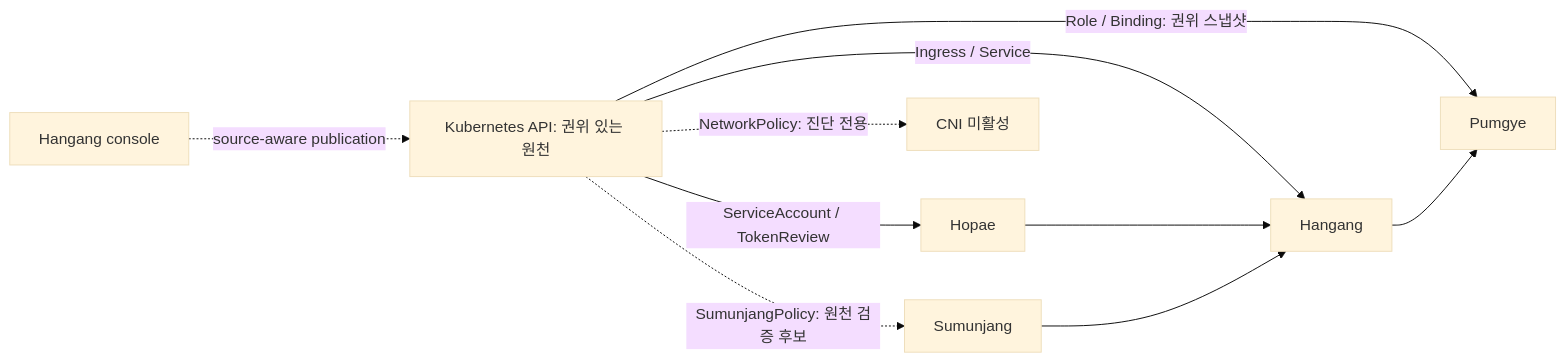
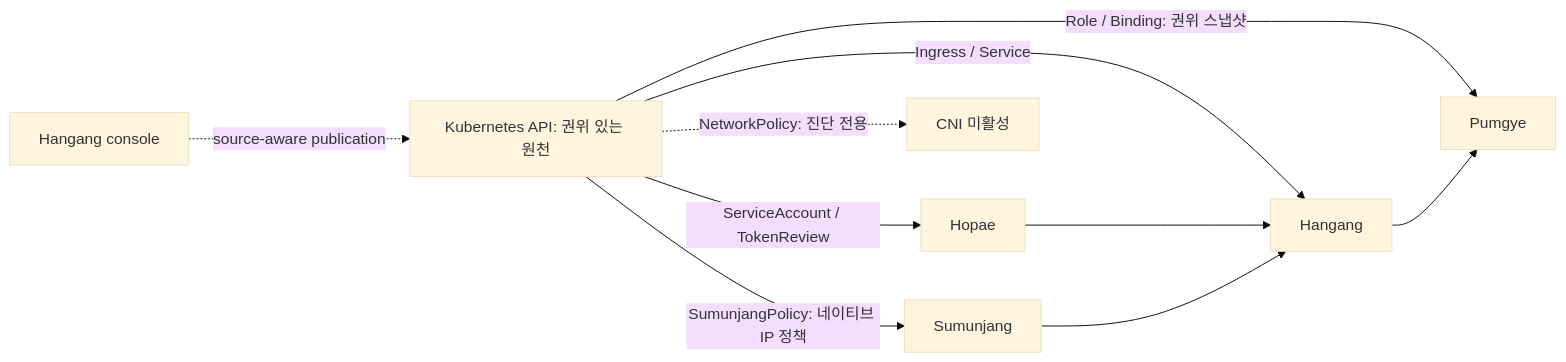
The third of 3 diagrams in README.ko.md (ziozzang/hangang-zerotrust), drawn with Mermaid (base theme) before and after one commit. The commit also changed other lines of this file and 7 other files, not shown here.

````diff
--- a/README.ko.md
+++ b/README.ko.md
@@ -149,12 +149,12 @@
 ```mermaid
 flowchart LR
   K["Kubernetes API: 권위 있는 원천"] -->|Ingress / Service| H[Hangang]
   K -->|ServiceAccount / TokenReview| O[Hopae]
   K -->|Role / Binding: 권위 스냅샷| P[Pumgye]
-  K -.->|SumunjangPolicy: 원천 검증 후보| S[Sumunjang]
+  K -->|SumunjangPolicy: 네이티브 IP 정책| S[Sumunjang]
   K -.->|NetworkPolicy: 진단 전용| N[CNI 미활성]
   U[Hangang console] -.->|source-aware publication| K
   O --> H
   S --> H
   H --> P
 ```
````
